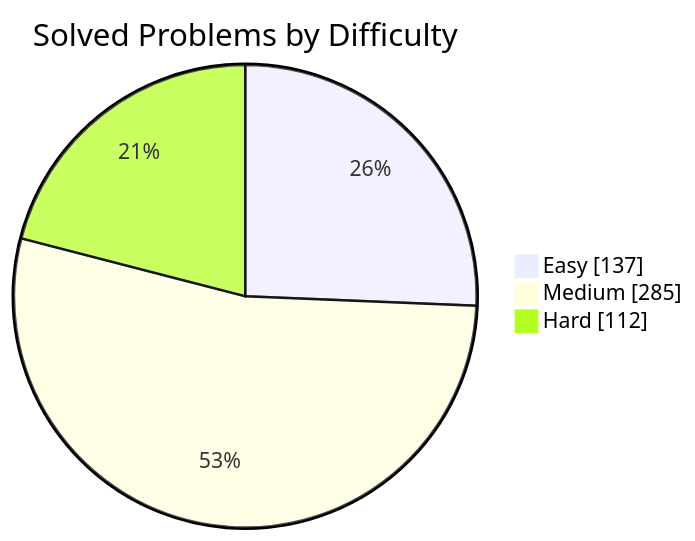
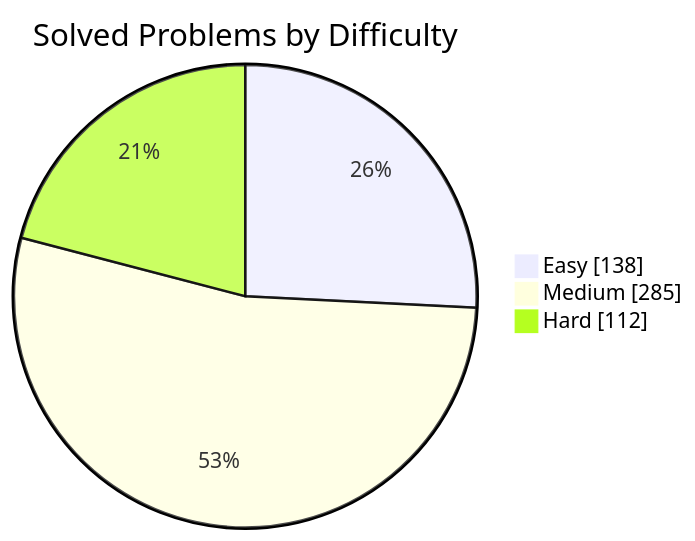
The first of 2 diagrams in README.md (manikantbindass/DSA-Preparation-FAANG), drawn with Mermaid before and after one commit. The commit also changed other lines of this file and 1 other file, not shown here.

````diff
--- a/README.md
+++ b/README.md
@@ -79,7 +79,7 @@
 ```mermaid
 pie showData
     title Solved Problems by Difficulty
-    "Easy" : 137
+    "Easy" : 138
     "Medium" : 285
     "Hard" : 112
 ```
````
